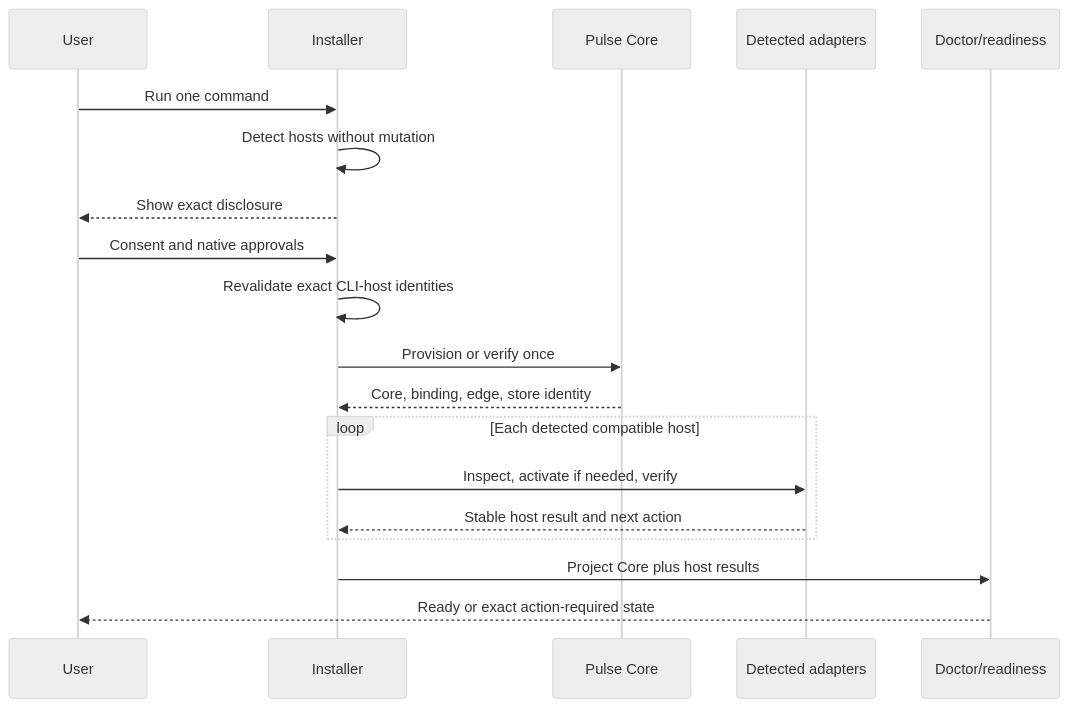
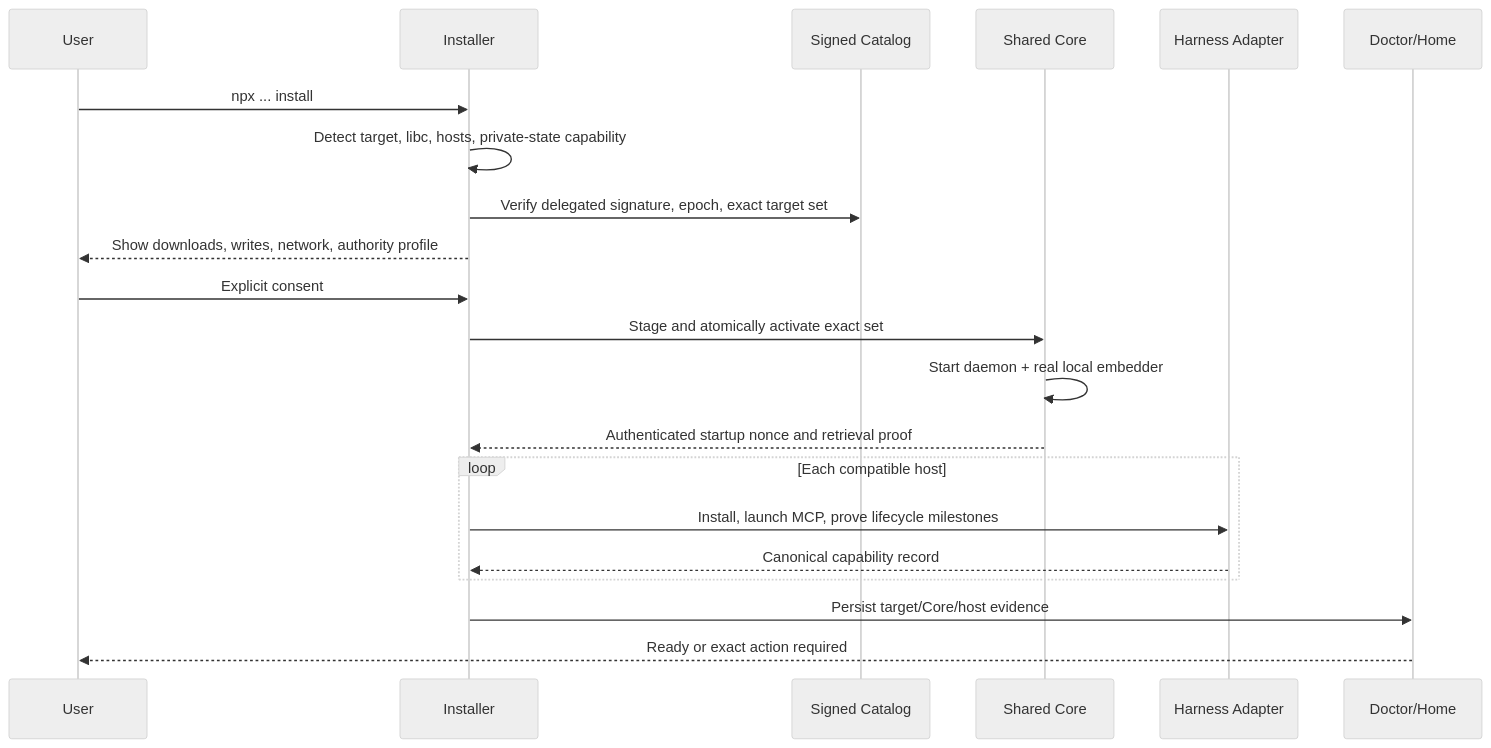
Before and after one commit to zbs-gg/pulse: the second of 2 diagrams in docs/plans/2026-07-17-001-feat-host-neutral-one-command-install-plan.md, drawn with Mermaid (neutral theme). The commit also changed other lines of this file, not shown here.

Commit message:
docs(plan): target universal desktop install

````diff
--- a/docs/plans/2026-07-17-001-feat-host-neutral-one-command-install-plan.md
+++ b/docs/plans/2026-07-17-001-feat-host-neutral-one-command-install-plan.md
@@ -174,21 +217,23 @@
 ```mermaid
 sequenceDiagram
   participant U as User
   participant I as Installer
-  participant C as Pulse Core
-  participant A as Detected adapters
-  participant D as Doctor/readiness
-  U->>I: Run one command
-  I->>I: Detect hosts without mutation
-  I-->>U: Show exact disclosure
-  U->>I: Consent and native approvals
-  I->>I: Revalidate exact CLI-host identities
-  I->>C: Provision or verify once
-  C-->>I: Core, binding, edge, store identity
-  loop Each detected compatible host
-    I->>A: Inspect, activate if needed, verify
-    A-->>I: Stable host result and next action
+  participant R as Signed Catalog
+  participant C as Shared Core
+  participant H as Harness Adapter
+  participant D as Doctor/Home
+  U->>I: npx ... install
+  I->>I: Detect target, libc, hosts, private-state capability
+  I->>R: Verify delegated signature, epoch, exact target set
+  I-->>U: Show downloads, writes, network, authority profile
+  U->>I: Explicit consent
+  I->>C: Stage and atomically activate exact set
+  C->>C: Start daemon + real local embedder
+  C-->>I: Authenticated startup nonce and retrieval proof
+  loop Each compatible host
+    I->>H: Install, launch MCP, prove lifecycle milestones
+    H-->>I: Canonical capability record
   end
-  I->>D: Project Core plus host results
-  D-->>U: Ready or exact action-required state
+  I->>D: Persist target/Core/host evidence
+  D-->>U: Ready or exact action required
 ```
````
